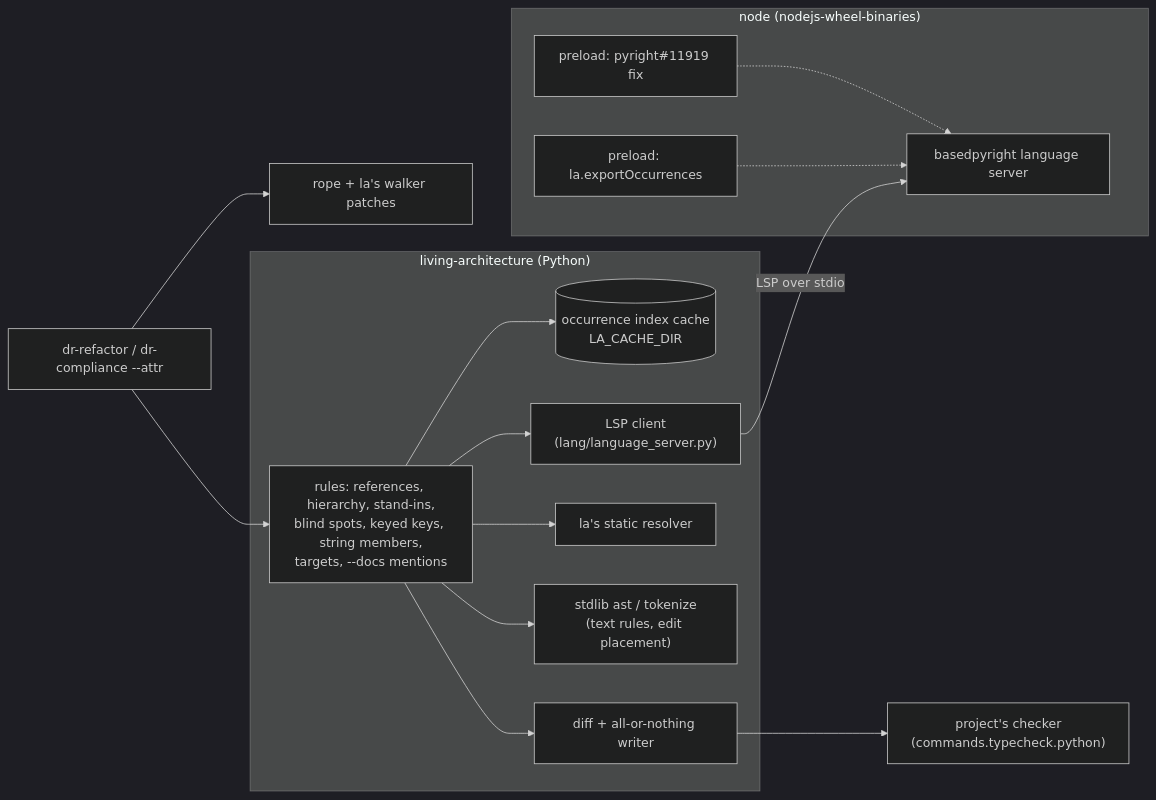
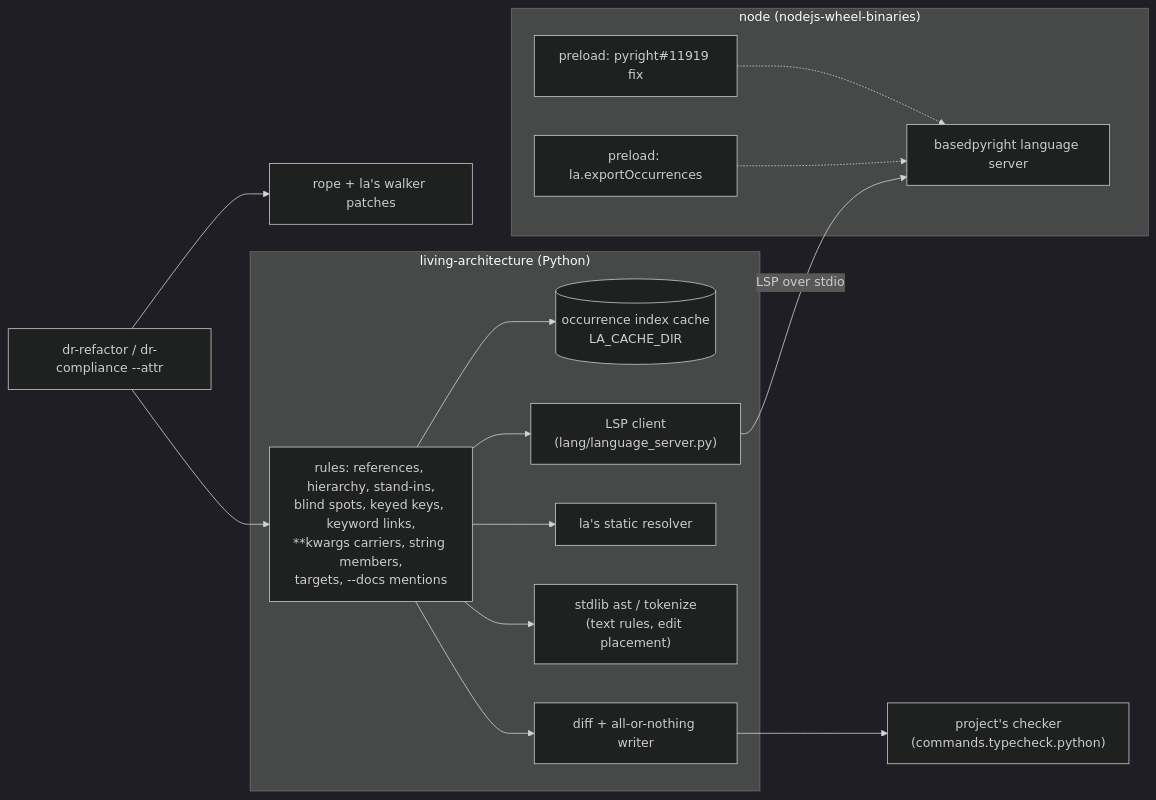
Before and after one commit to MotleyAI/living-architecture: the diagram in docs/refactoring-internals.md, drawn with Mermaid (dark theme). The commit also changed other lines of this file and 39 other files, not shown here.

First line of the commit message:
DEV-2342: keywords linked through the checker's signature and **kwargs carriers, unlinked keywords and Never receivers as blind spots, constructor parameter renames without a hierarchy

````diff
--- a/docs/refactoring-internals.md
+++ b/docs/refactoring-internals.md
@@ -8,31 +8,31 @@
 ```mermaid
 flowchart LR
   cmd["dr-refactor / dr-compliance --attr"]
   subgraph la["living-architecture (Python)"]
-    rules["rules: references, hierarchy, stand-ins,<br/>blind spots, keyed keys, string members,<br/>targets, --docs mentions"]
+    rules["rules: references, hierarchy, stand-ins,<br/>blind spots, keyed keys, keyword links,<br/>**kwargs carriers, string members,<br/>targets, --docs mentions"]
     client["LSP client<br/>(lang/language_server.py)"]
     cache[("occurrence index cache<br/>LA_CACHE_DIR")]
     stdlib["stdlib ast / tokenize<br/>(text rules, edit placement)"]
     writer["diff + all-or-nothing writer"]
     static["la's static resolver"]
   end
   rope["rope + la's walker patches"]
   subgraph node["node (nodejs-wheel-binaries)"]
     ls["basedpyright language server"]
     patch["preload: pyright#11919 fix"]
     export["preload: la.exportOccurrences"]
   end
   checker["project's checker<br/>(commands.typecheck.python)"]
 
   cmd --> rope
   cmd --> rules
   rules --> cache
   rules --> client
   client -- "LSP over stdio" --> ls
   patch -.-> ls
   export -.-> ls
   rules --> static
   rules --> stdlib
   rules --> writer
   writer --> checker
 ```
````
